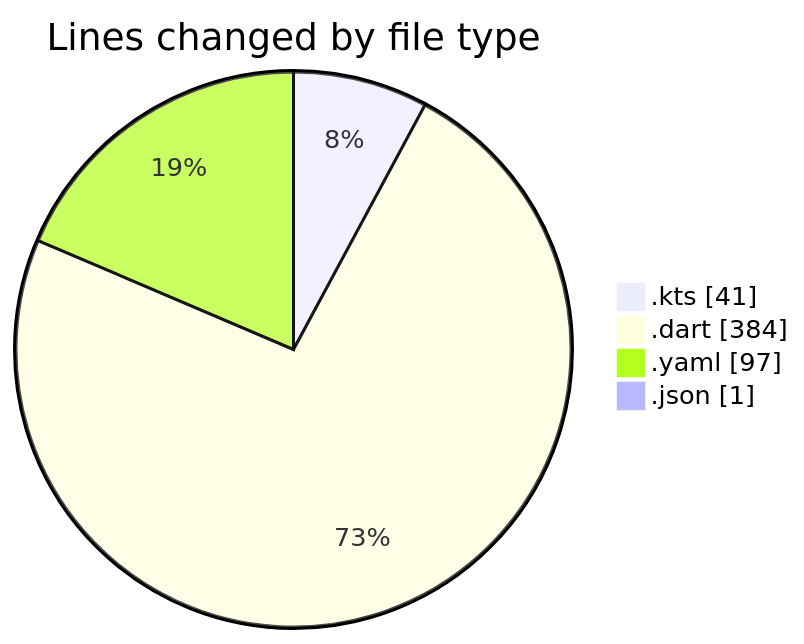
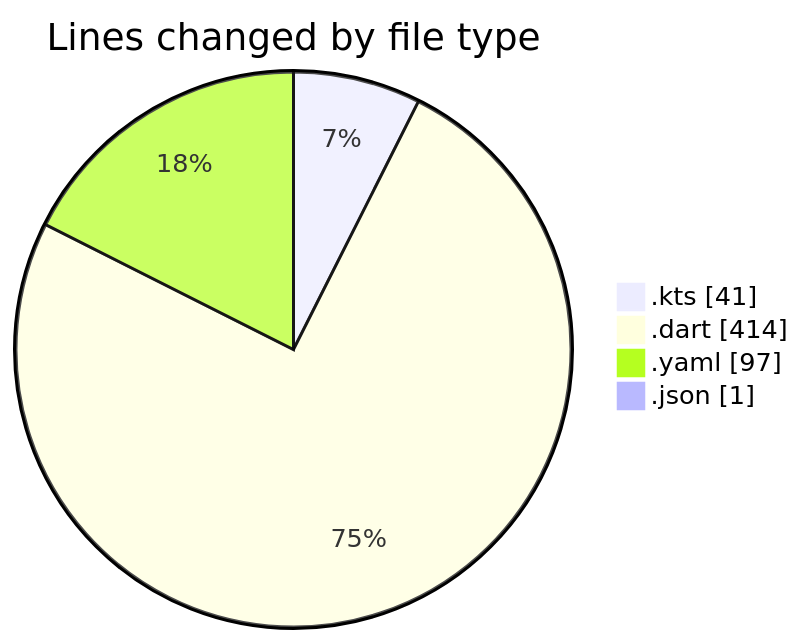
One commit to donsfak/code-tracking changed the first of 2 diagrams in 2025-10-20/weather_insights_app/README.md. Above: the diagram before and after it, drawn with Mermaid. The commit also changed other lines of this file and 1 other file, not shown here.

````diff
--- a/2025-10-20/weather_insights_app/README.md
+++ b/2025-10-20/weather_insights_app/README.md
@@ -25,8 +26,8 @@
 ```mermaid
 pie showData
 title Lines changed by file type
 ".kts" : 41
-".dart" : 384
+".dart" : 414
 ".yaml" : 97
 ".json" : 1
 ```
````
